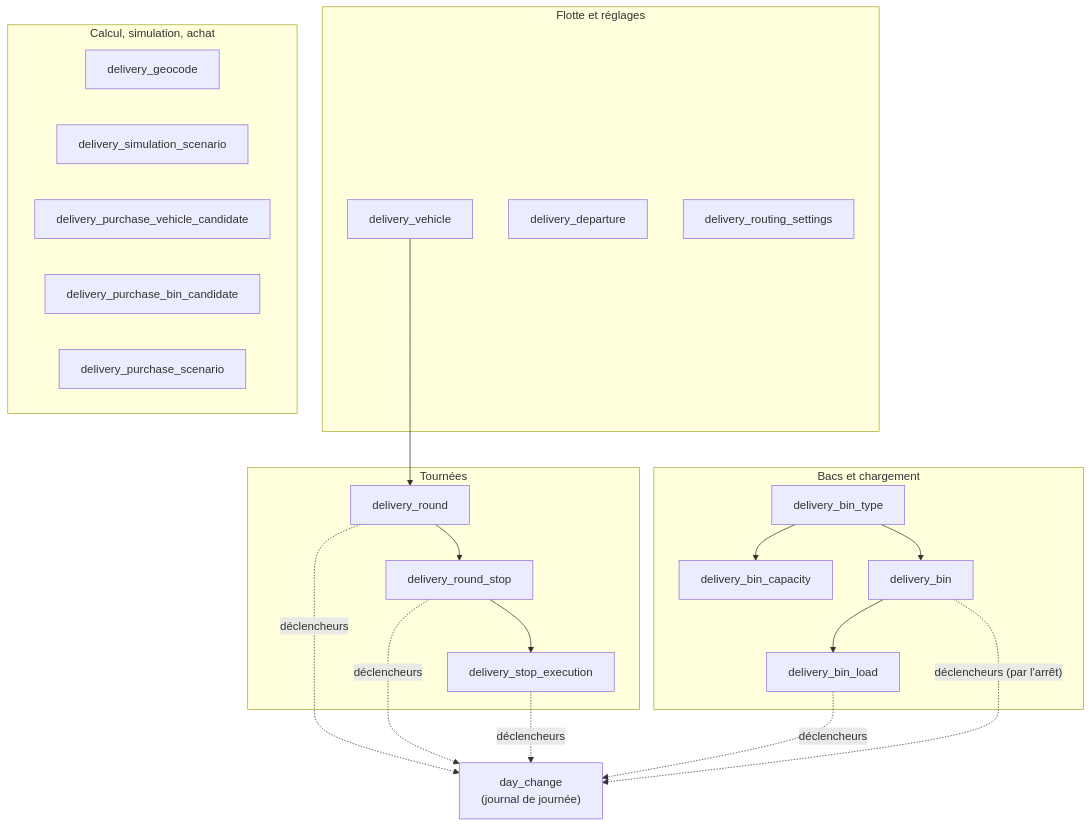
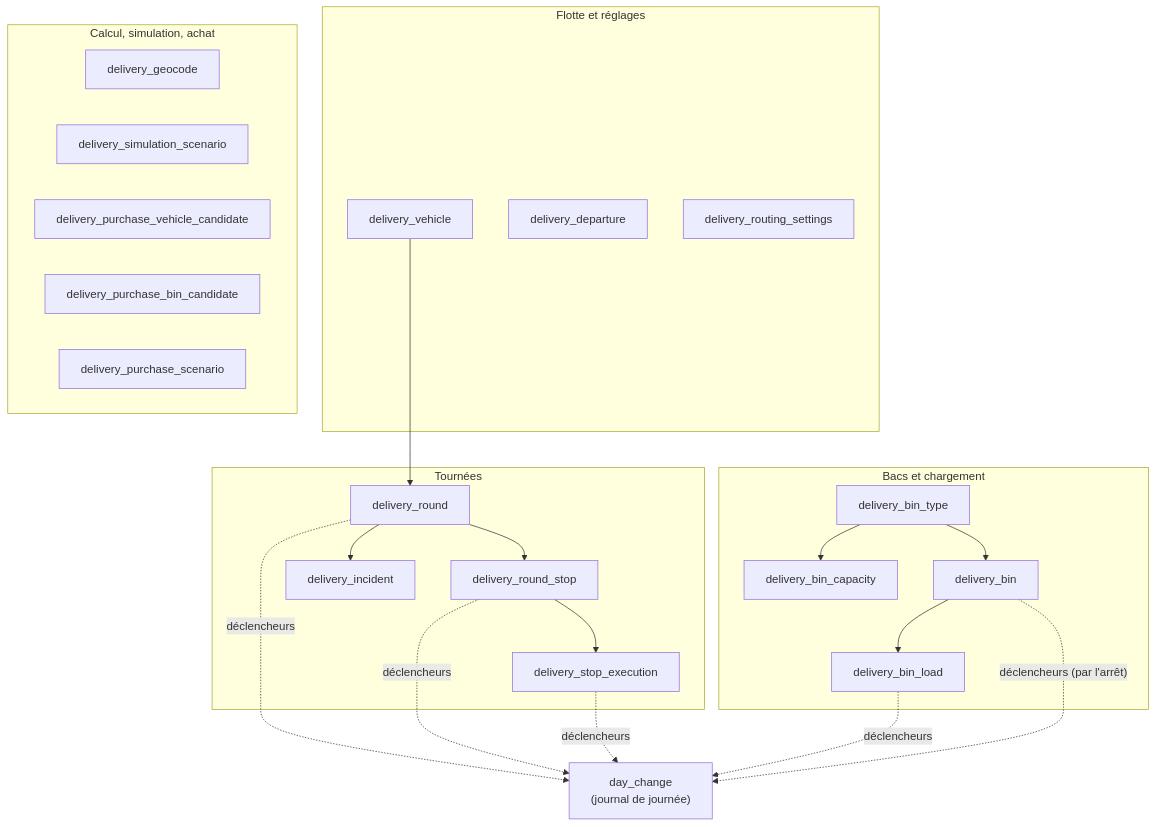
One commit to hugoheynard/lfd changed the first of 2 diagrams in documentation/livraisons/architecture-isolation-livraison.md. Above: the diagram before and after it, drawn with Mermaid. The commit also changed other lines of this file and 7 other files, not shown here.

````diff
--- a/documentation/livraisons/architecture-isolation-livraison.md
+++ b/documentation/livraisons/architecture-isolation-livraison.md
@@ -43,36 +43,38 @@
 ```mermaid
 flowchart TB
   subgraph flotte["Flotte et réglages"]
     V["delivery_vehicle"]
     D["delivery_departure"]
     RS["delivery_routing_settings"]
   end
   subgraph tournees["Tournées"]
     R["delivery_round"]
     RST["delivery_round_stop"]
     SE["delivery_stop_execution"]
+    INC["delivery_incident"]
   end
   subgraph bacs["Bacs et chargement"]
     BT["delivery_bin_type"]
     BC["delivery_bin_capacity"]
     B["delivery_bin"]
     BL["delivery_bin_load"]
   end
   subgraph autres["Calcul, simulation, achat"]
     G["delivery_geocode"]
     SS["delivery_simulation_scenario"]
     PV["delivery_purchase_vehicle_candidate"]
     PB["delivery_purchase_bin_candidate"]
     PS["delivery_purchase_scenario"]
   end
   J["day_change<br/>(journal de journée)"]
   V --> R
   R --> RST --> SE
+  R --> INC
   BT --> BC
   BT --> B --> BL
   R -. déclencheurs .-> J
   RST -. déclencheurs .-> J
   SE -. déclencheurs .-> J
   BL -. déclencheurs .-> J
   B -. "déclencheurs (par l'arrêt)" .-> J
 ```
````
